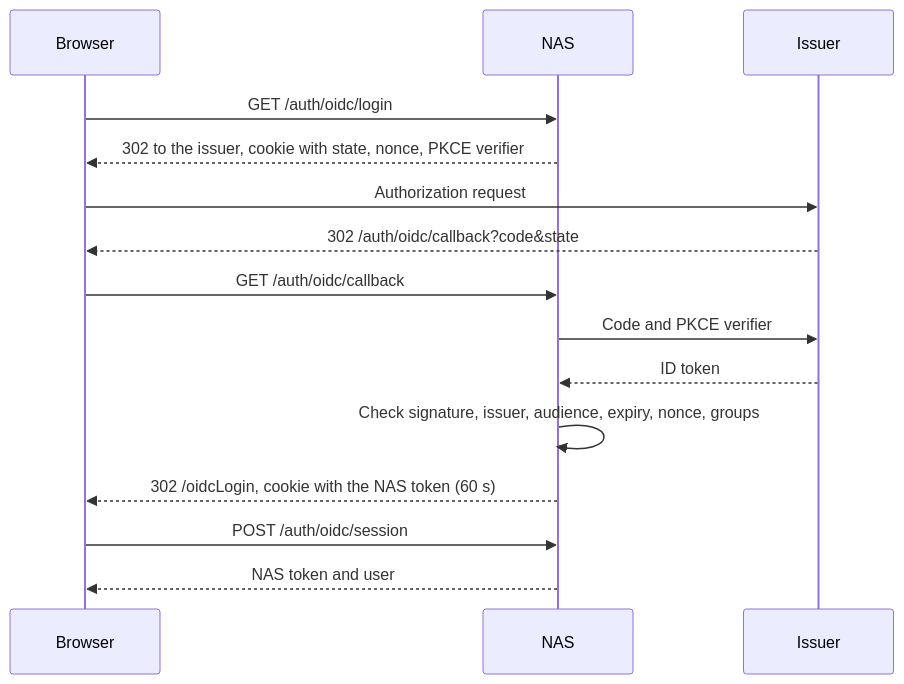
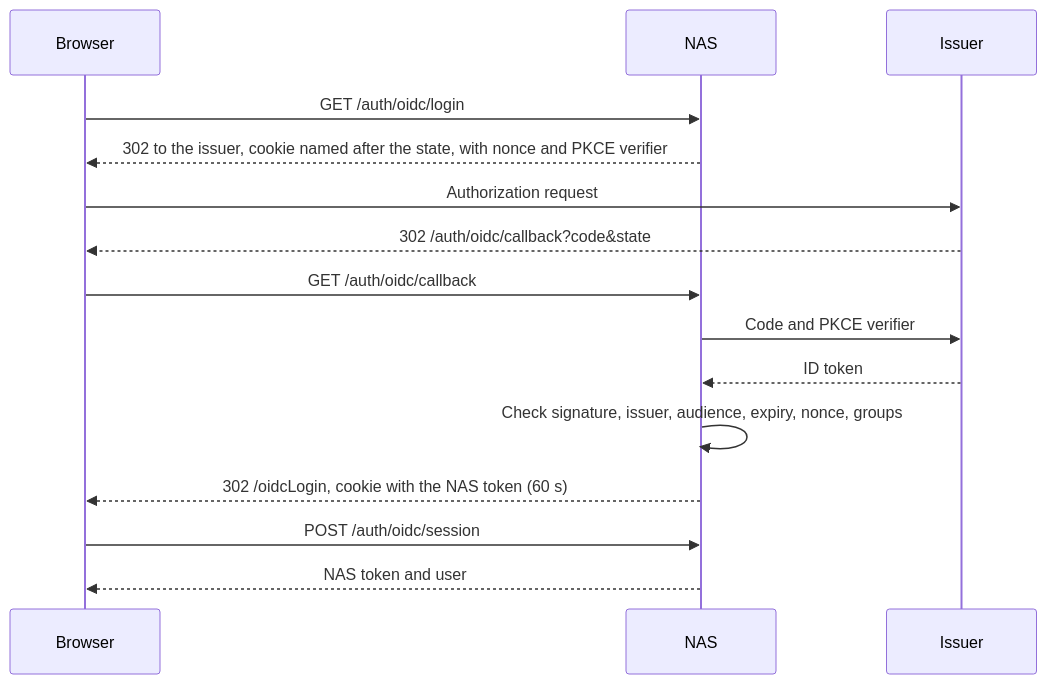
One commit to JMC50/nas changed the diagram in Docs/configuration/oidc-sso.md. Above: the diagram before and after it, drawn with Mermaid. The commit also changed other lines of this file and 4 other files, not shown here.

````diff
--- a/Docs/configuration/oidc-sso.md
+++ b/Docs/configuration/oidc-sso.md
@@ -64,17 +64,17 @@
 ```mermaid
 sequenceDiagram
   participant B as Browser
   participant N as NAS
   participant I as Issuer
   B->>N: GET /auth/oidc/login
-  N-->>B: 302 to the issuer, cookie with state, nonce, PKCE verifier
+  N-->>B: 302 to the issuer, cookie named after the state, with nonce and PKCE verifier
   B->>I: Authorization request
   I-->>B: 302 /auth/oidc/callback?code&state
   B->>N: GET /auth/oidc/callback
   N->>I: Code and PKCE verifier
   I-->>N: ID token
   N->>N: Check signature, issuer, audience, expiry, nonce, groups
   N-->>B: 302 /oidcLogin, cookie with the NAS token (60 s)
   B->>N: POST /auth/oidc/session
   N-->>B: NAS token and user
 ```
````
